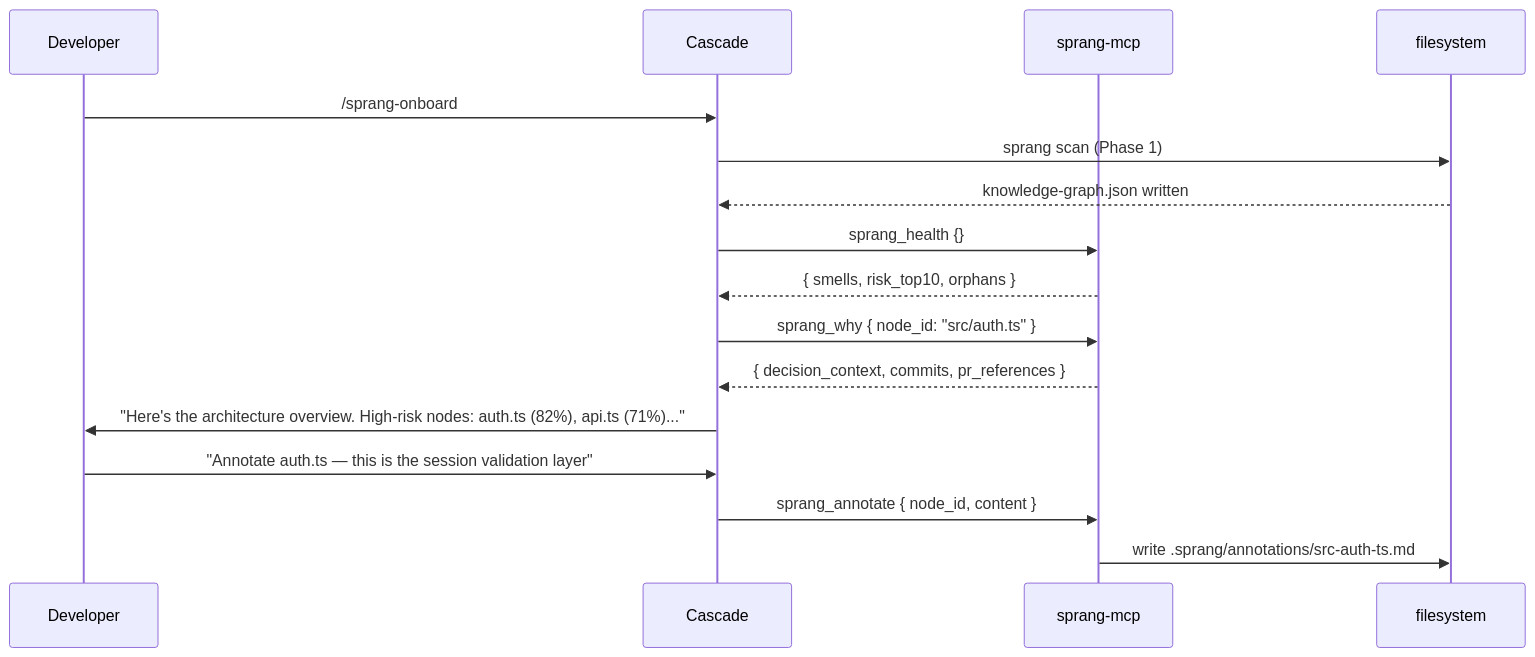
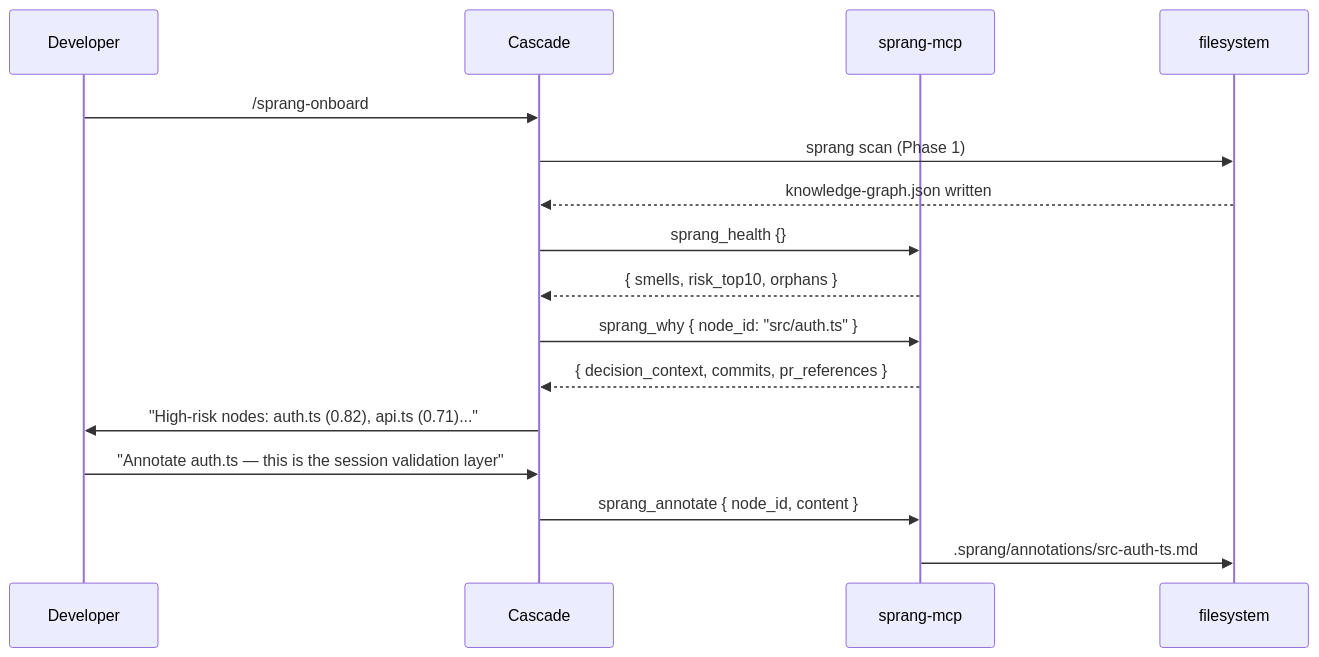
Before and after one commit to FavioVazquez/sprang: the third of 3 diagrams in README.md, drawn with Mermaid. The commit also changed other lines of this file and 9 other files, not shown here.

````diff
--- a/README.md
+++ b/README.md
@@ -405,23 +406,19 @@
 ```mermaid
 sequenceDiagram
     participant D as Developer
     participant C as Cascade
     participant M as sprang-mcp
     participant F as filesystem
 
     D->>C: /sprang-onboard
     C->>F: sprang scan (Phase 1)
     F-->>C: knowledge-graph.json written
-
     C->>M: sprang_health {}
     M-->>C: { smells, risk_top10, orphans }
-
     C->>M: sprang_why { node_id: "src/auth.ts" }
     M-->>C: { decision_context, commits, pr_references }
-
-    C->>D: "Here's the architecture overview. High-risk nodes: auth.ts (82%), api.ts (71%)..."
-
+    C->>D: "High-risk nodes: auth.ts (0.82), api.ts (0.71)..."
     D->>C: "Annotate auth.ts — this is the session validation layer"
     C->>M: sprang_annotate { node_id, content }
-    M->>F: write .sprang/annotations/src-auth-ts.md
+    M->>F: .sprang/annotations/src-auth-ts.md
 ```
````
